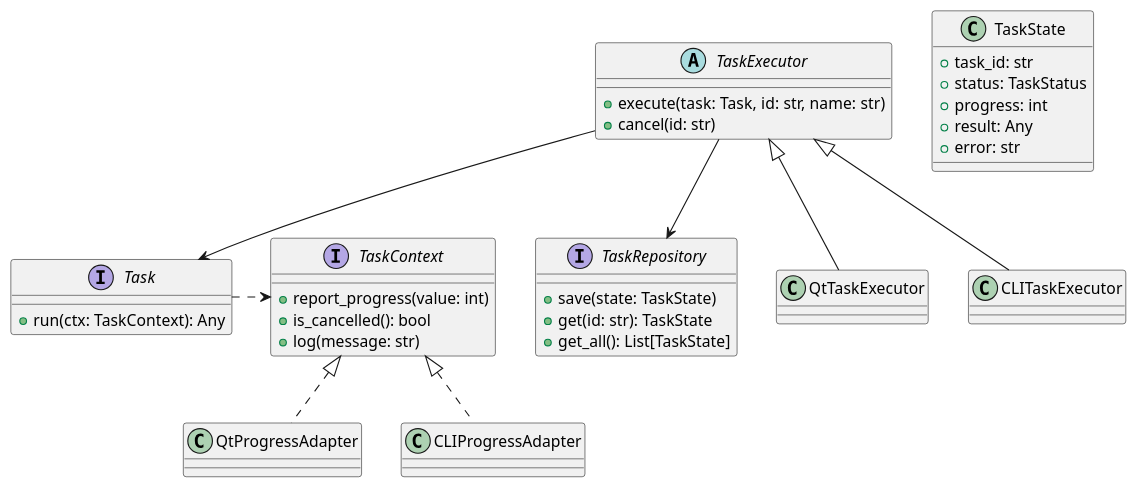
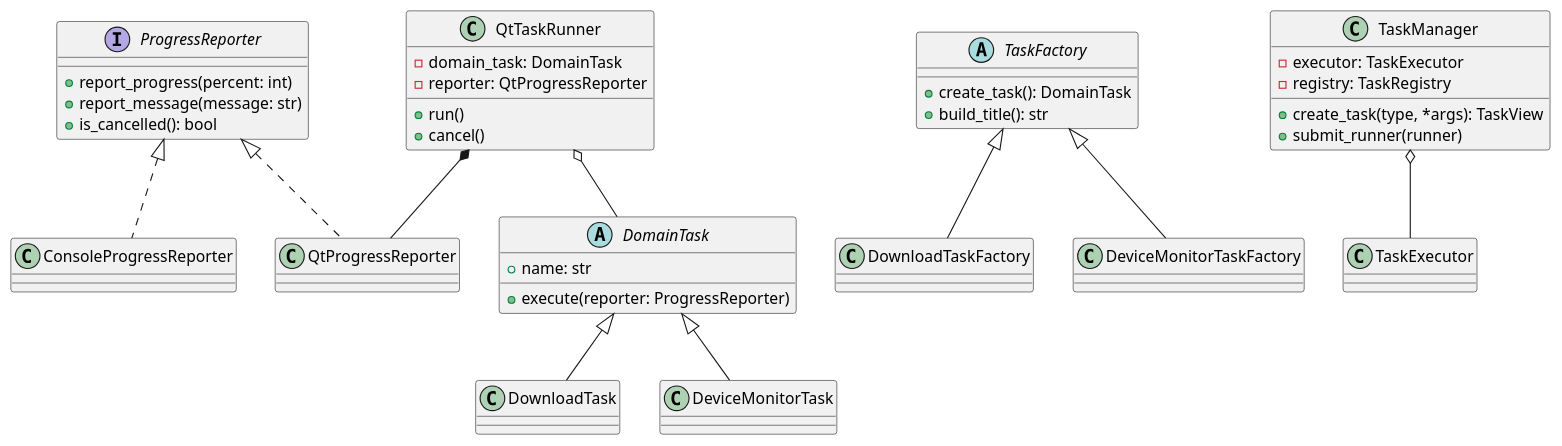
The diagram in docs/CLASS_DIAGRAM.md (anhembedded/PySideTaskFlow), drawn with PlantUML before and after one commit. The commit also changed 71 other files, not shown here.

First line of the commit message:
Implement task-based framework according to UML design

```diff
--- a/docs/CLASS_DIAGRAM.md
+++ b/docs/CLASS_DIAGRAM.md
@@ -1,40 +1,42 @@
 @startuml
-interface Task {
-    +run(ctx: TaskContext): Any
+interface ProgressReporter {
+    +report_progress(percent: int)
+    +report_message(message: str)
+    +is_cancelled(): bool
 }
 
-interface TaskContext {
-    +report_progress(value: int)
-    +is_cancelled(): bool
-    +log(message: str)
+abstract class DomainTask {
+    +name: str
+    +execute(reporter: ProgressReporter)
 }
 
-class TaskState {
-    +task_id: str
-    +status: TaskStatus
-    +progress: int
-    +result: Any
-    +error: str
+abstract class TaskFactory {
+    +create_task(): DomainTask
+    +build_title(): str
 }
 
-interface TaskRepository {
-    +save(state: TaskState)
-    +get(id: str): TaskState
-    +get_all(): List[TaskState]
+class TaskManager {
+    -executor: TaskExecutor
+    -registry: TaskRegistry
+    +create_task(type, *args): TaskView
+    +submit_runner(runner)
 }
 
-abstract class TaskExecutor {
-    +execute(task: Task, id: str, name: str)
-    +cancel(id: str)
+class QtTaskRunner {
+    -domain_task: DomainTask
+    -reporter: QtProgressReporter
+    +run()
+    +cancel()
 }
 
-class QtTaskExecutor extends TaskExecutor
-class CLITaskExecutor extends TaskExecutor
+ProgressReporter <|.. QtProgressReporter
+ProgressReporter <|.. ConsoleProgressReporter
+DomainTask <|-- DownloadTask
+DomainTask <|-- DeviceMonitorTask
+TaskFactory <|-- DownloadTaskFactory
+TaskFactory <|-- DeviceMonitorTaskFactory
 
-class QtProgressAdapter implements TaskContext
-class CLIProgressAdapter implements TaskContext
-
-Task .right.> TaskContext
-TaskExecutor --> Task
-TaskExecutor --> TaskRepository
+QtTaskRunner o-- DomainTask
+QtTaskRunner *-- QtProgressReporter
+TaskManager o-- TaskExecutor
 @enduml
```
